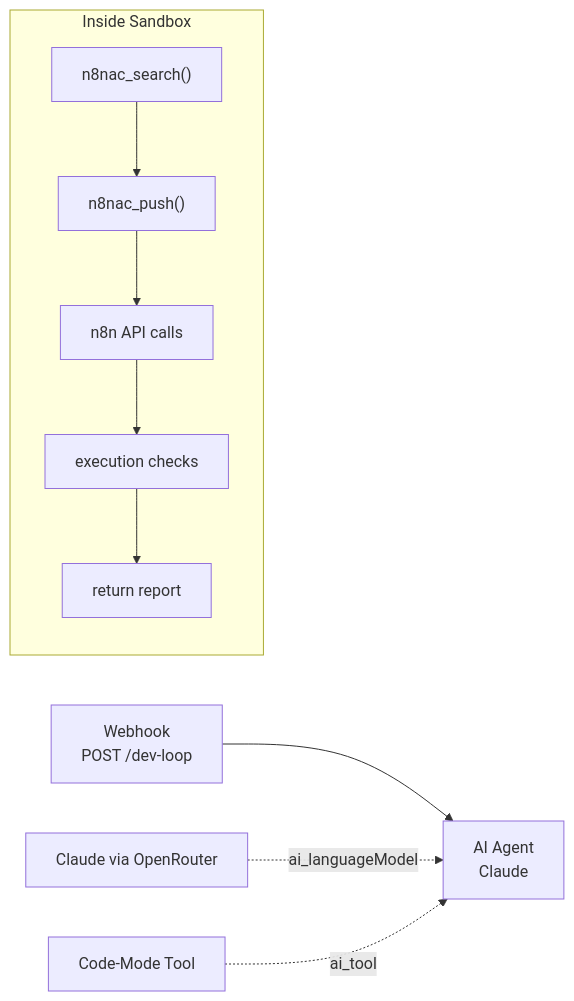
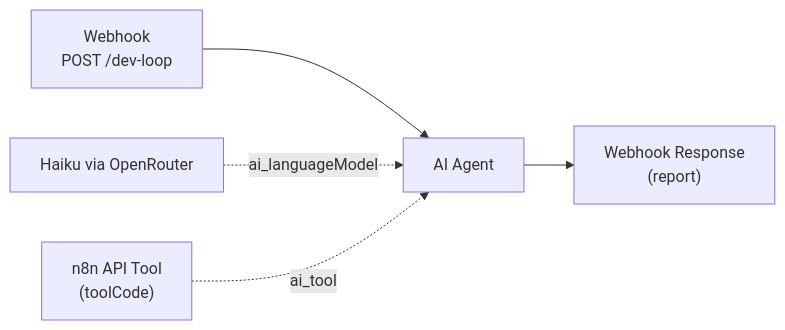
One commit to mj-deving/code-first-n8n changed the diagram in workflows/agents/04-dev-loop/README.md. Above: the diagram before and after it, drawn with Mermaid. The commit also changed other lines of this file and 5 other files, not shown here.

````diff
--- a/workflows/agents/04-dev-loop/README.md
+++ b/workflows/agents/04-dev-loop/README.md
@@ -16,13 +14,7 @@
 ```mermaid
 graph LR
-    A["Webhook<br/>POST /dev-loop"] --> D["AI Agent<br/>Claude"]
-    B["Claude via OpenRouter"] -. ai_languageModel .-> D
-    C["Code-Mode Tool"] -. ai_tool .-> D
-
-    subgraph "Inside Sandbox"
-        E["n8nac_search()"] --> F["n8nac_push()"]
-        F --> G["n8n API calls"]
-        G --> H["execution checks"]
-        H --> I["return report"]
-    end
+    A["Webhook<br/>POST /dev-loop"] --> D["AI Agent"]
+    B["Haiku via OpenRouter"] -. ai_languageModel .-> D
+    C["n8n API Tool<br/>(toolCode)"] -. ai_tool .-> D
+    D --> E["Webhook Response<br/>(report)"]
 ```
````
